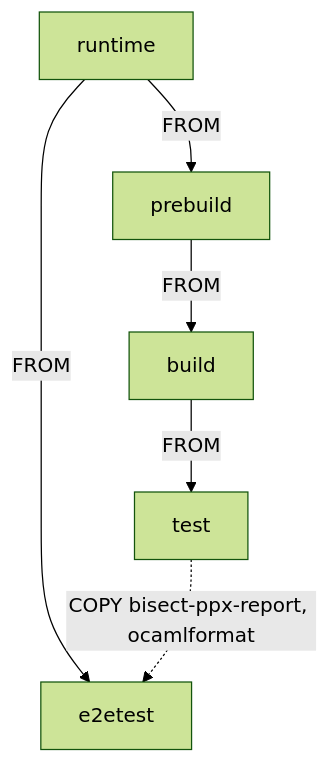
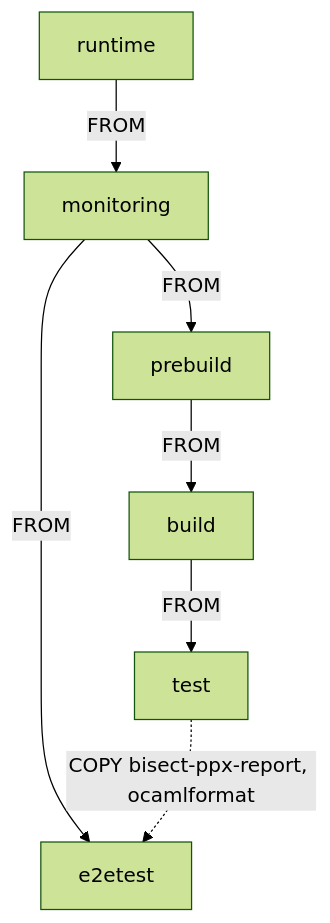
Before and after one commit to tezos/tezos-mirror: the diagram in images/ci/README.md, drawn with Mermaid (forest theme). The commit also changed other lines of this file, not shown here.

````diff
--- a/images/ci/README.md
+++ b/images/ci/README.md
@@ -21,8 +21,9 @@
 ```mermaid
 graph TB
-  runtime -->|FROM| prebuild
-  runtime -->|FROM| e2etest
+  runtime -->|FROM| monitoring
+  monitoring -->|FROM| prebuild
+  monitoring -->|FROM| e2etest
   prebuild -->|FROM| build
   build -->|FROM| test
   test -.->|COPY bisect-ppx-report, ocamlformat| e2etest
 ```
````
